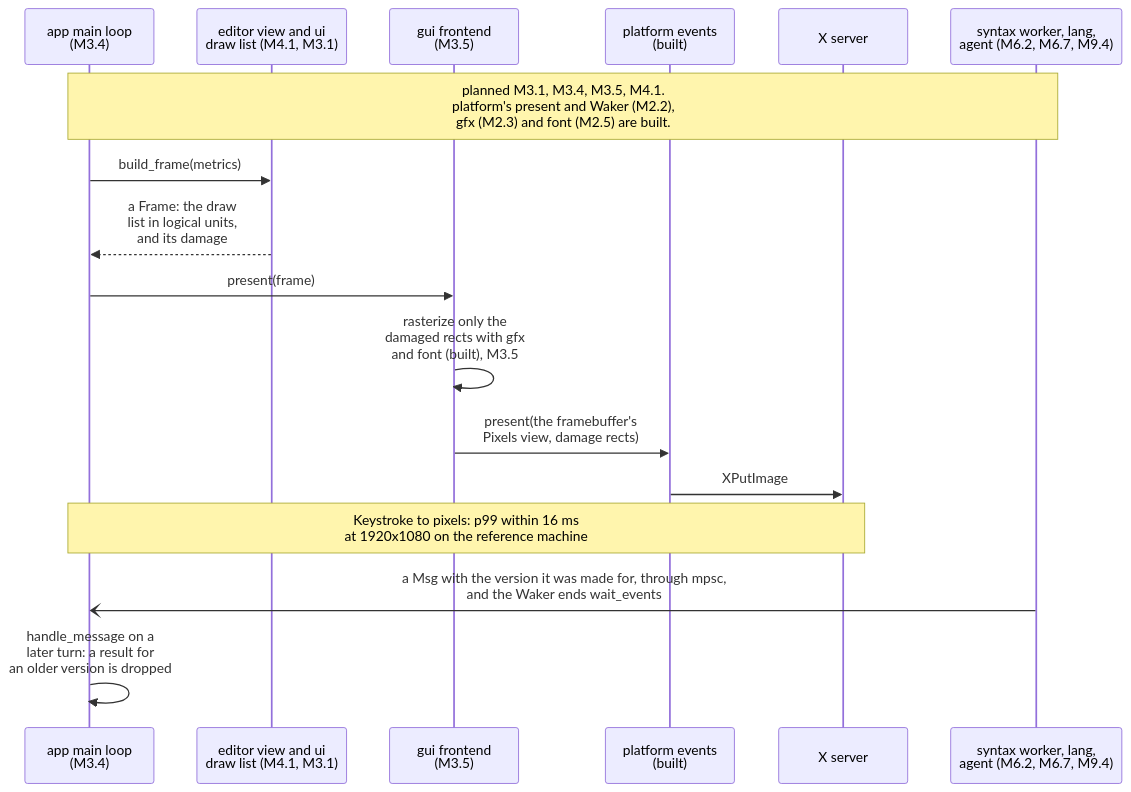
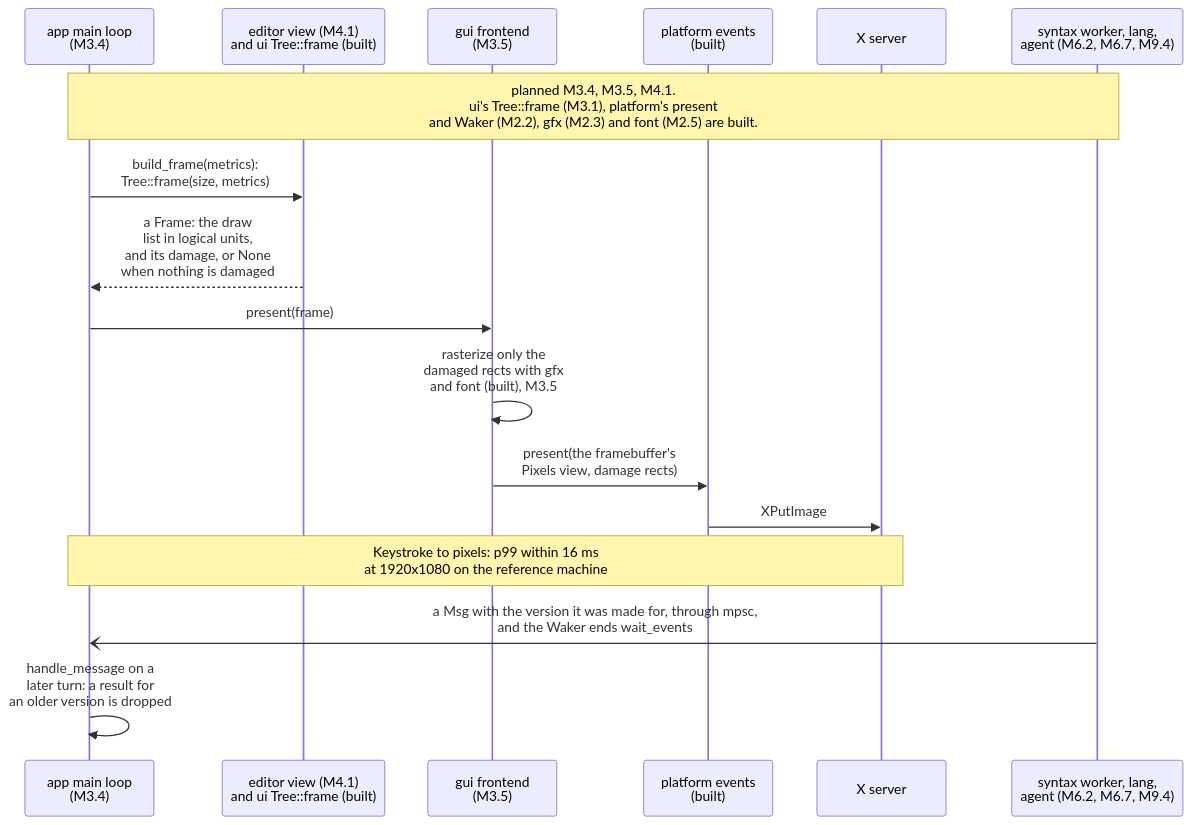
Diagram 14 of 23 in diagrams/sequence-diagrams.md (jabbott-iii/Tidepool), drawn with Mermaid before and after one commit. The commit also changed other lines of this file and 32 other files, not shown here.

First line of the commit message:
ui: tree, layout, focus, input, metrics, draw and a11y (M3.1)

````diff
--- a/diagrams/sequence-diagrams.md
+++ b/diagrams/sequence-diagrams.md
@@ -683,20 +685,20 @@
 ```mermaid
 sequenceDiagram
     participant ML as app main loop<br/>(M3.4)
-    participant View as editor view and ui<br/>draw list (M4.1, M3.1)
+    participant View as editor view (M4.1)<br/>and ui Tree::frame (built)
     participant Fe as gui frontend<br/>(M3.5)
     participant Plat as platform events<br/>(built)
     participant Disp as X server
     participant Bg as syntax worker, lang,<br/>agent (M6.2, M6.7, M9.4)
 
-    Note over ML,Bg: planned M3.1, M3.4, M3.5, M4.1.<br/>platform's present and Waker (M2.2),<br/>gfx (M2.3) and font (M2.5) are built.
-    ML->>View: build_frame(metrics)
-    View-->>ML: a Frame: the draw<br/>list in logical units,<br/>and its damage
+    Note over ML,Bg: planned M3.4, M3.5, M4.1.<br/>ui's Tree::frame (M3.1), platform's present<br/>and Waker (M2.2), gfx (M2.3) and font (M2.5) are built.
+    ML->>View: build_frame(metrics):<br/>Tree::frame(size, metrics)
+    View-->>ML: a Frame: the draw<br/>list in logical units,<br/>and its damage, or None<br/>when nothing is damaged
     ML->>Fe: present(frame)
     Fe->>Fe: rasterize only the<br/>damaged rects with gfx<br/>and font (built), M3.5
     Fe->>Plat: present(the framebuffer's<br/>Pixels view, damage rects)
     Plat->>Disp: XPutImage
     Note over ML,Disp: Keystroke to pixels: p99 within 16 ms<br/>at 1920x1080 on the reference machine
     Bg-)ML: a Msg with the version it was made for, through mpsc,<br/>and the Waker ends wait_events
     ML->>ML: handle_message on a<br/>later turn: a result for<br/>an older version is dropped
 ```
````
